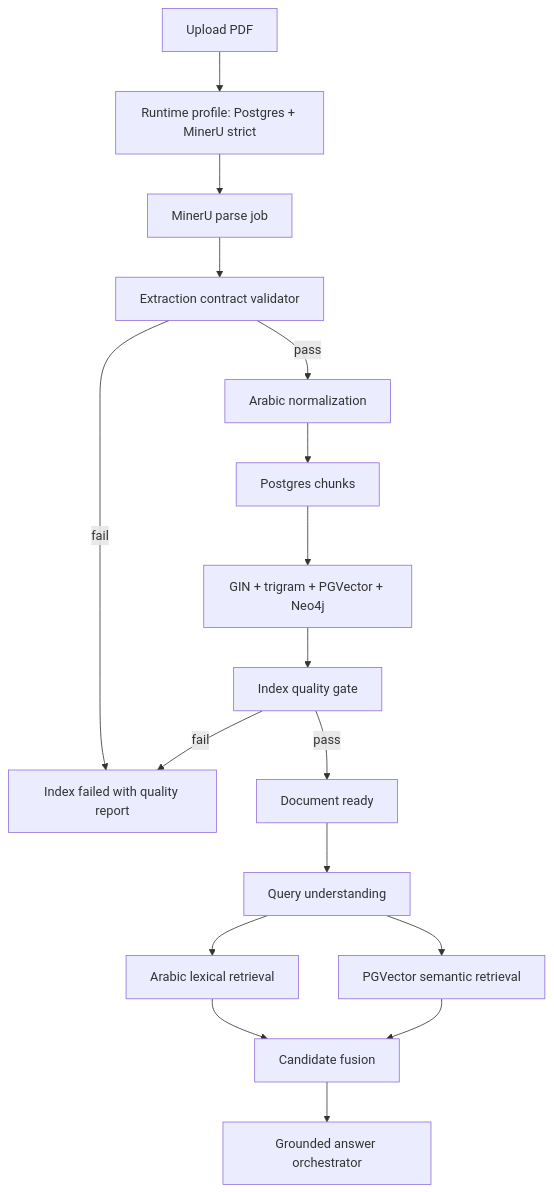
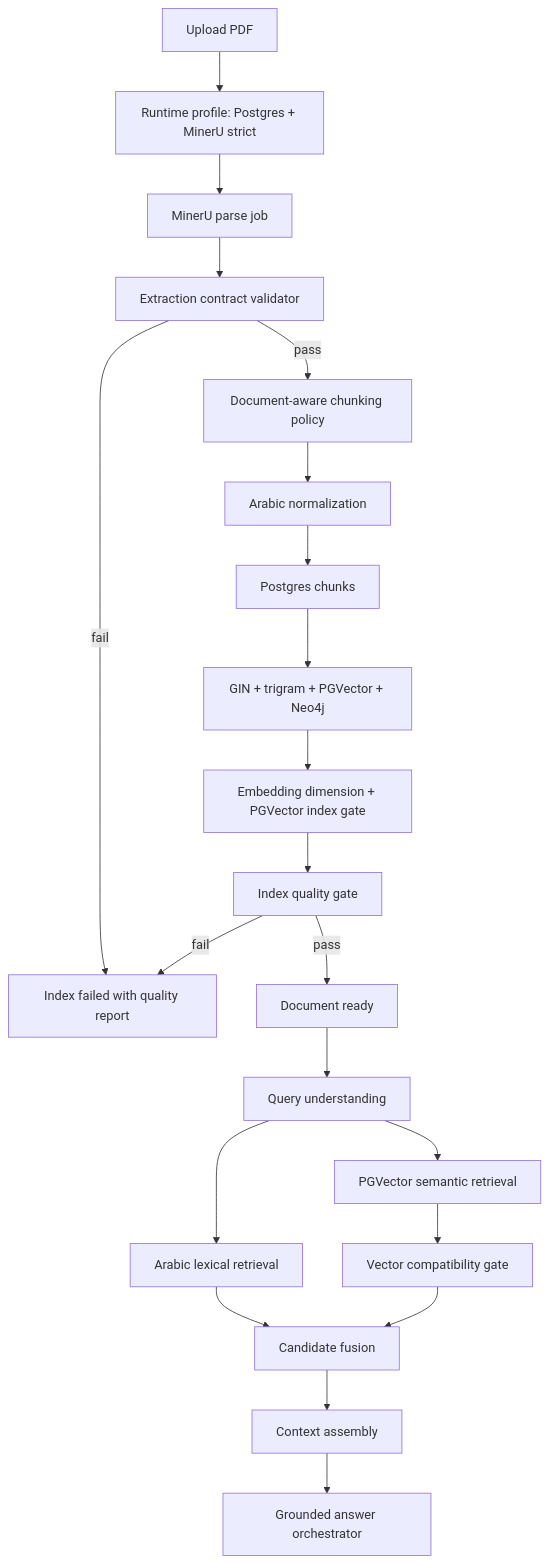
Before and after one commit to jihadajUAEU/Ragstudio: the diagram in docs/superpowers/plans/2026-05-11-mineru-postgres-arabic-search-architecture.md, drawn with Mermaid. The commit also changed other lines of this file, not shown here.

Commit message:
docs: refine rag architecture plan

````diff
--- a/docs/superpowers/plans/2026-05-11-mineru-postgres-arabic-search-architecture.md
+++ b/docs/superpowers/plans/2026-05-11-mineru-postgres-arabic-search-architecture.md
@@ -65,19 +73,23 @@
 ```mermaid
 flowchart TD
   upload["Upload PDF"] --> settings["Runtime profile: Postgres + MinerU strict"]
   settings --> mineru["MinerU parse job"]
   mineru --> contract["Extraction contract validator"]
   contract -->|"fail"| fail["Index failed with quality report"]
-  contract -->|"pass"| normalize["Arabic normalization"]
+  contract -->|"pass"| chunking["Document-aware chunking policy"]
+  chunking --> normalize["Arabic normalization"]
   normalize --> chunks["Postgres chunks"]
   chunks --> indexes["GIN + trigram + PGVector + Neo4j"]
-  indexes --> gate["Index quality gate"]
+  indexes --> vectorGate["Embedding dimension + PGVector index gate"]
+  vectorGate --> gate["Index quality gate"]
   gate -->|"fail"| fail
   gate -->|"pass"| ready["Document ready"]
   ready --> query["Query understanding"]
   query --> lexical["Arabic lexical retrieval"]
   query --> vector["PGVector semantic retrieval"]
+  vector --> vectorReady["Vector compatibility gate"]
   lexical --> fusion["Candidate fusion"]
-  vector --> fusion
-  fusion --> answer["Grounded answer orchestrator"]
+  vectorReady --> fusion
+  fusion --> context["Context assembly"]
+  context --> answer["Grounded answer orchestrator"]
 ```
````
